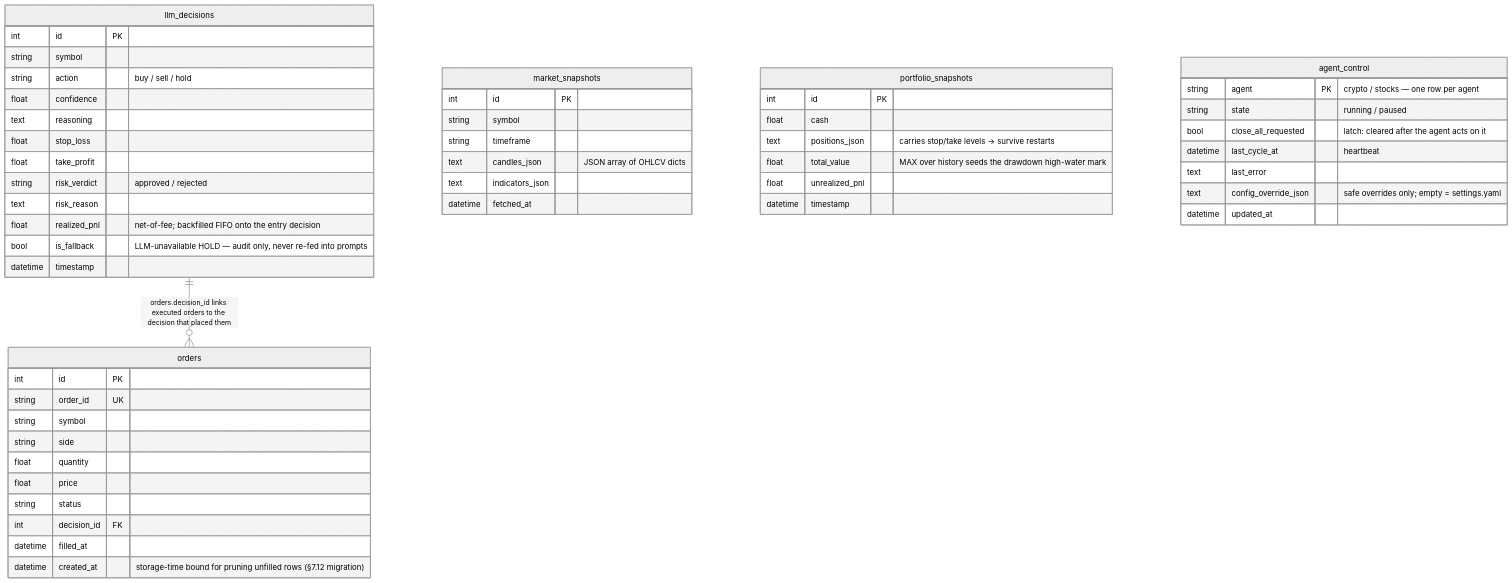
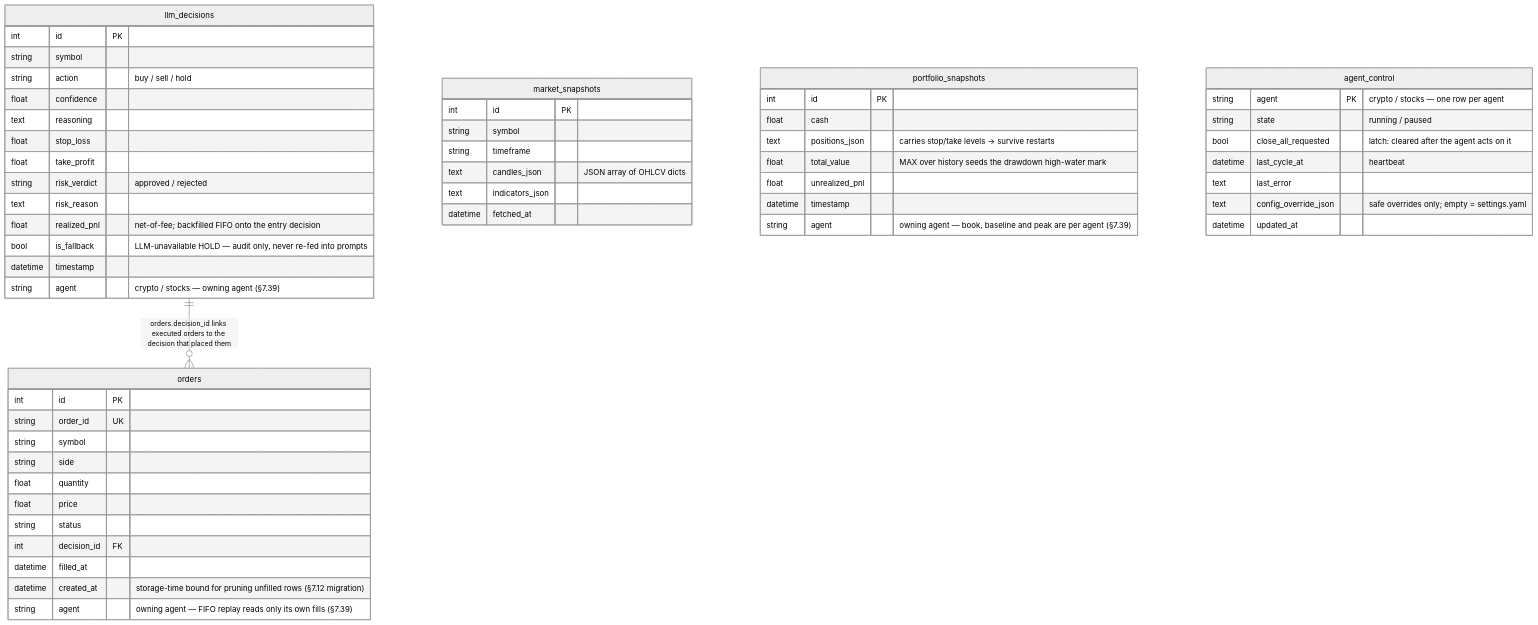
The fifth of 6 diagrams in ARCHITECTURE.md (BBlazej/smartyTrader), drawn with Mermaid (neutral theme) before and after one commit. The commit also changed other lines of this file and 25 other files, not shown here.

First line of the commit message:
Scope storage per agent: agent column on shared trade tables (§7.39)

````diff
--- a/ARCHITECTURE.md
+++ b/ARCHITECTURE.md
@@ -326,55 +327,58 @@
 ```mermaid
 erDiagram
     llm_decisions ||--o{ orders : "orders.decision_id links executed orders to the decision that placed them"
     market_snapshots {
         int id PK
         string symbol
         string timeframe
         text candles_json "JSON array of OHLCV dicts"
         text indicators_json
         datetime fetched_at
     }
     llm_decisions {
         int id PK
         string symbol
         string action "buy / sell / hold"
         float confidence
         text reasoning
         float stop_loss
         float take_profit
         string risk_verdict "approved / rejected"
         text risk_reason
         float realized_pnl "net-of-fee; backfilled FIFO onto the entry decision"
         bool is_fallback "LLM-unavailable HOLD — audit only, never re-fed into prompts"
         datetime timestamp
+        string agent "crypto / stocks — owning agent (§7.39)"
     }
     orders {
         int id PK
         string order_id UK
         string symbol
         string side
         float quantity
         float price
         string status
         int decision_id FK
         datetime filled_at
         datetime created_at "storage-time bound for pruning unfilled rows (§7.12 migration)"
+        string agent "owning agent — FIFO replay reads only its own fills (§7.39)"
     }
     portfolio_snapshots {
         int id PK
         float cash
         text positions_json "carries stop/take levels → survive restarts"
         float total_value "MAX over history seeds the drawdown high-water mark"
         float unrealized_pnl
         datetime timestamp
+        string agent "owning agent — book, baseline and peak are per agent (§7.39)"
     }
     agent_control {
         string agent PK "crypto / stocks — one row per agent"
         string state "running / paused"
         bool close_all_requested "latch: cleared after the agent acts on it"
         datetime last_cycle_at "heartbeat"
         text last_error
         text config_override_json "safe overrides only; empty = settings.yaml"
         datetime updated_at
     }
 ```
````
